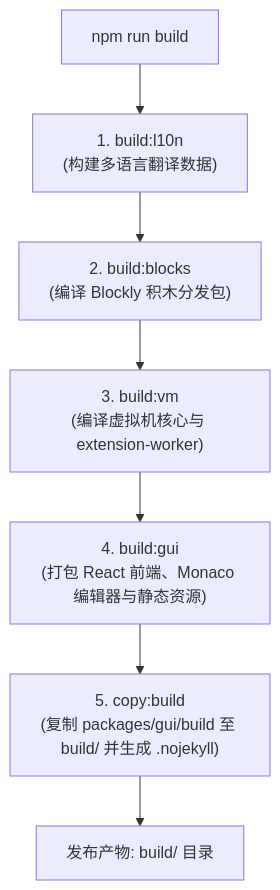
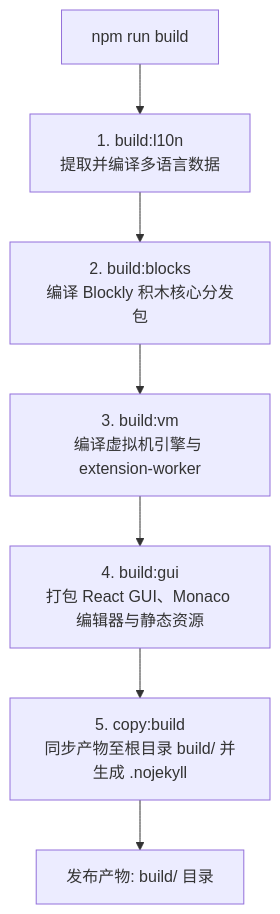
One commit to BUG423/esp32-openblock changed the diagram in README.md. Above: the diagram before and after it, drawn with Mermaid. The commit also changed other lines of this file and 5 other files, not shown here.

````diff
--- a/README.md
+++ b/README.md
@@ -105,9 +96,9 @@
 ```mermaid
 flowchart TD
-    A["npm run build"] --> B["1. build:l10n<br/>(构建多语言翻译数据)"]
-    B --> C["2. build:blocks<br/>(编译 Blockly 积木分发包)"]
-    C --> D["3. build:vm<br/>(编译虚拟机核心与 extension-worker)"]
-    D --> E["4. build:gui<br/>(打包 React 前端、Monaco 编辑器与静态资源)"]
-    E --> F["5. copy:build<br/>(复制 packages/gui/build 至 build/ 并生成 .nojekyll)"]
+    A["npm run build"] --> B["1. build:l10n<br/>提取并编译多语言数据"]
+    B --> C["2. build:blocks<br/>编译 Blockly 积木核心分发包"]
+    C --> D["3. build:vm<br/>编译虚拟机引擎与 extension-worker"]
+    D --> E["4. build:gui<br/>打包 React GUI、Monaco 编辑器与静态资源"]
+    E --> F["5. copy:build<br/>同步产物至根目录 build/ 并生成 .nojekyll"]
     F --> G["发布产物: build/ 目录"]
 ```
````
